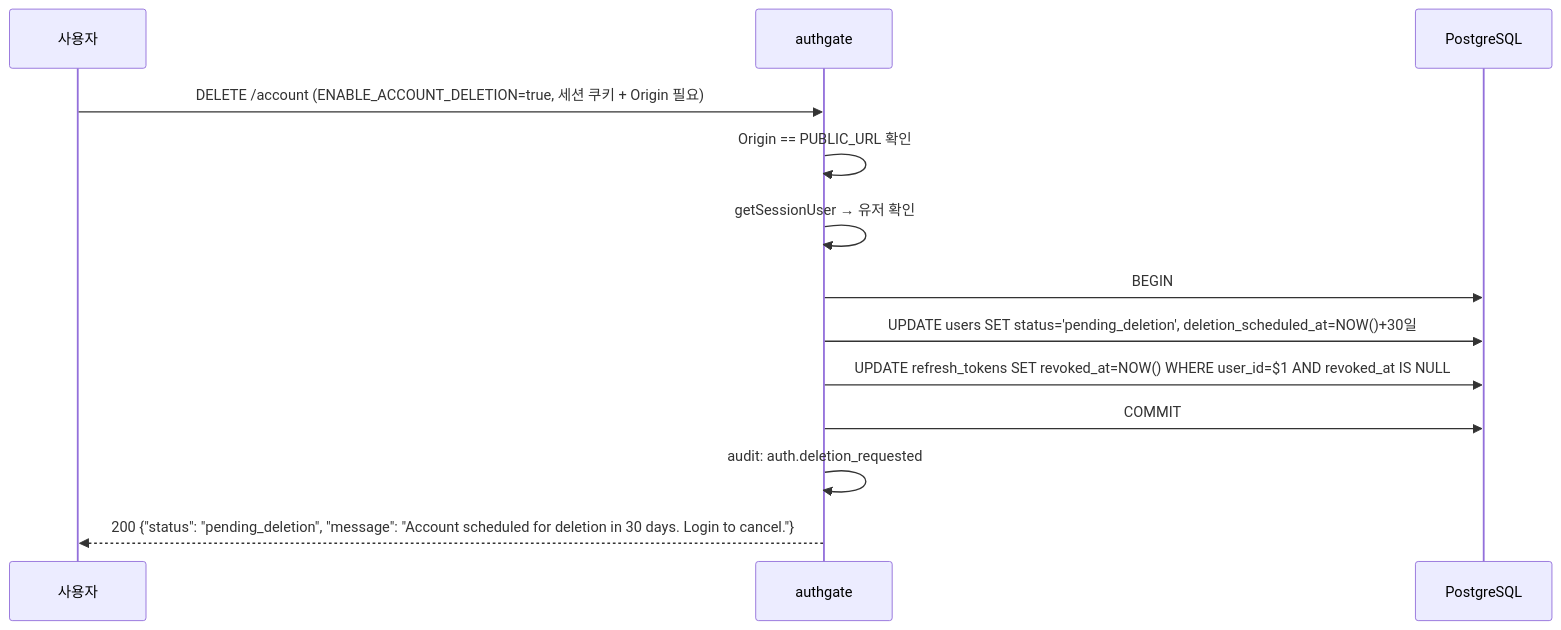
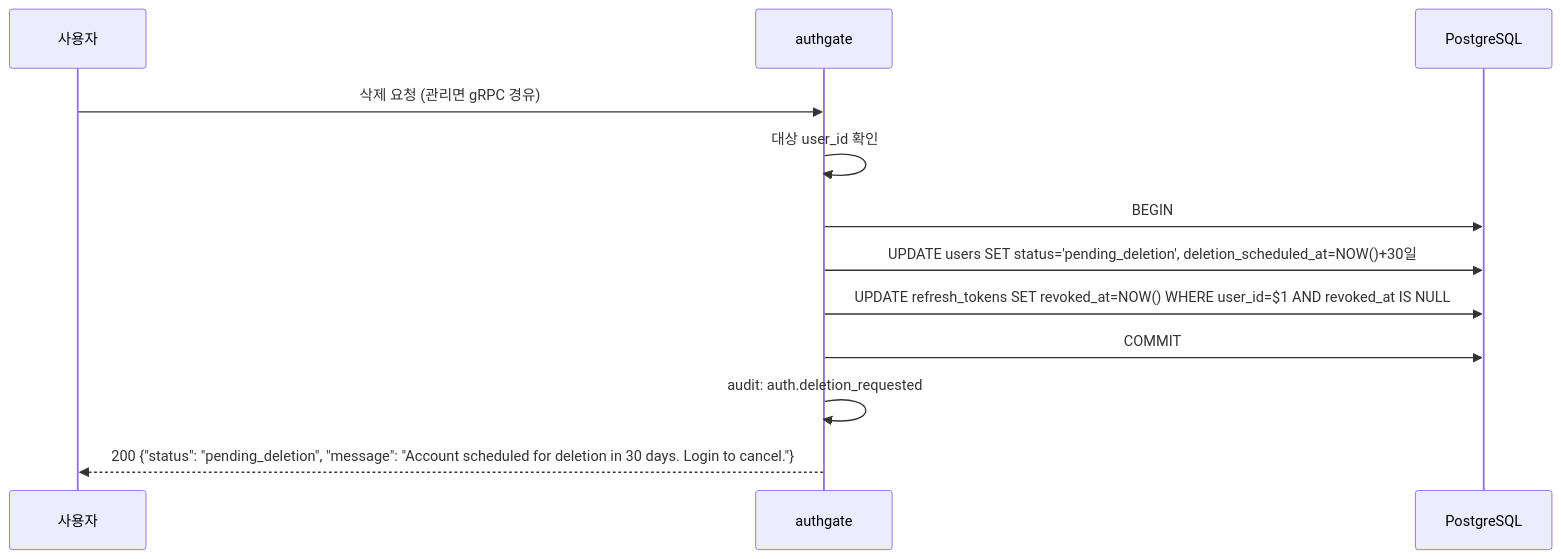
One commit to cagojeiger/authgate changed the second of 3 diagrams in docs/spec/006-account-lifecycle.md. Above: the diagram before and after it, drawn with Mermaid. The commit also changed other lines of this file and 22 other files, not shown here.

````diff
--- a/docs/spec/006-account-lifecycle.md
+++ b/docs/spec/006-account-lifecycle.md
@@ -59,16 +63,15 @@
 ```mermaid
 sequenceDiagram
     participant U as 사용자
     participant AG as authgate
     participant DB as PostgreSQL
 
-    U->>AG: DELETE /account (ENABLE_ACCOUNT_DELETION=true, 세션 쿠키 + Origin 필요)
-    AG->>AG: Origin == PUBLIC_URL 확인
-    AG->>AG: getSessionUser → 유저 확인
+    U->>AG: 삭제 요청 (관리면 gRPC 경유)
+    AG->>AG: 대상 user_id 확인
     AG->>DB: BEGIN
     AG->>DB: UPDATE users SET status='pending_deletion', deletion_scheduled_at=NOW()+30일
     AG->>DB: UPDATE refresh_tokens SET revoked_at=NOW() WHERE user_id=$1 AND revoked_at IS NULL
     AG->>DB: COMMIT
     AG->>AG: audit: auth.deletion_requested
     AG-->>U: 200 {"status": "pending_deletion", "message": "Account scheduled for deletion in 30 days. Login to cancel."}
 ```
````
